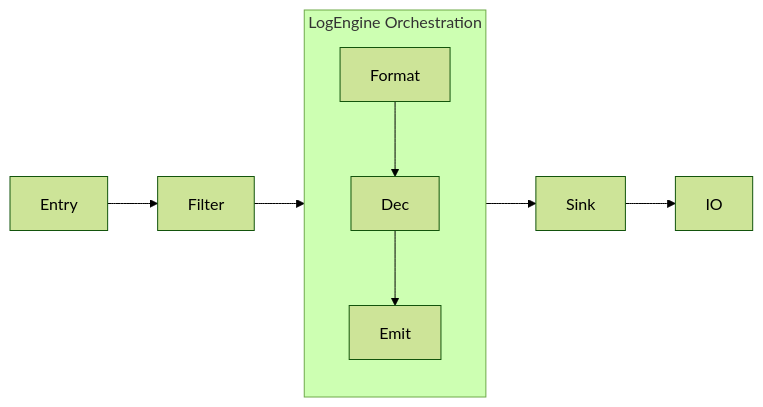
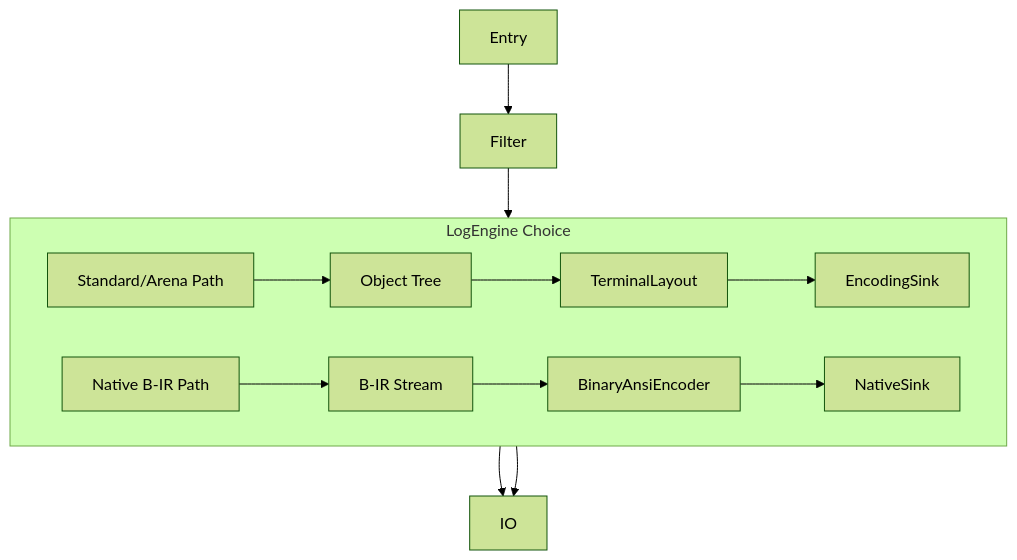
The diagram in doc/handler/architecture.md (pooriaaskarim/logd), drawn with Mermaid (forest theme) before and after one commit. The commit also changed other lines of this file and 9 other files, not shown here.

First line of the commit message:
docs: update handler roadmap and architecture for v0.8.0

````diff
--- a/doc/handler/architecture.md
+++ b/doc/handler/architecture.md
@@ -9,8 +9,14 @@
 ```mermaid
-flowchart LR
-    Entry --> Filter --> Engine --> Sink --> IO
-    subgraph Engine [LogEngine Orchestration]
-      direction TB
-      Format --> Dec --> Emit
+flowchart TD
+    Entry --> Filter
+    Filter --> Engine
+    
+    subgraph Engine [LogEngine Choice]
+      direction LR
+      Standard[Standard/Arena Path] --> ObjFormat[Object Tree] --> ObjRender[TerminalLayout] --> ObjSink[EncodingSink]
+      Native[Native B-IR Path] --> BinStream[B-IR Stream] --> BinRender[BinaryAnsiEncoder] --> BinSink[NativeSink]
     end
+    
+    ObjSink --> IO
+    BinSink --> IO
 ```
````
